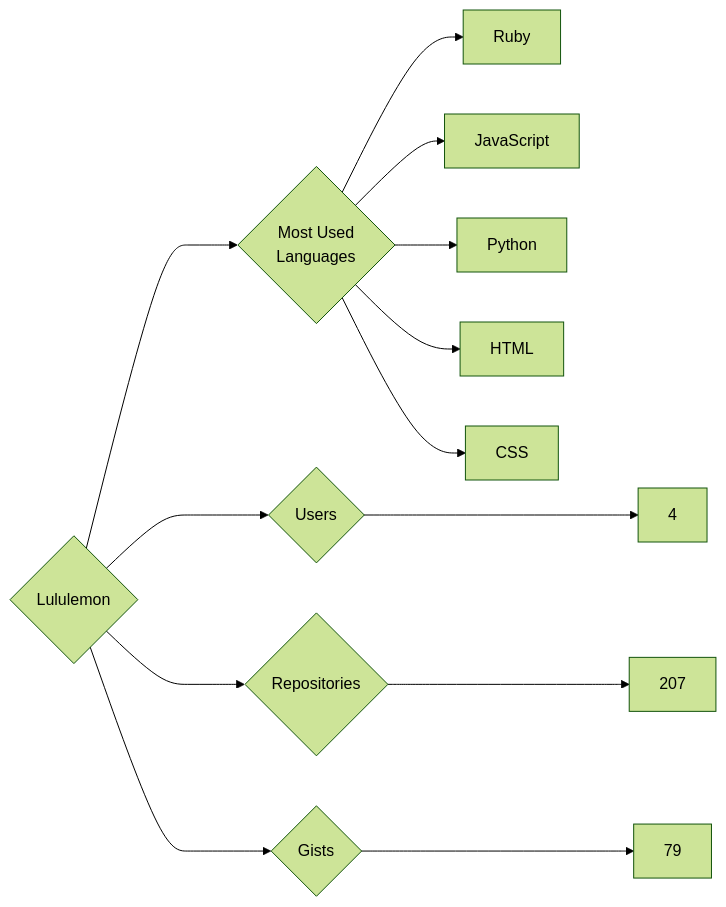
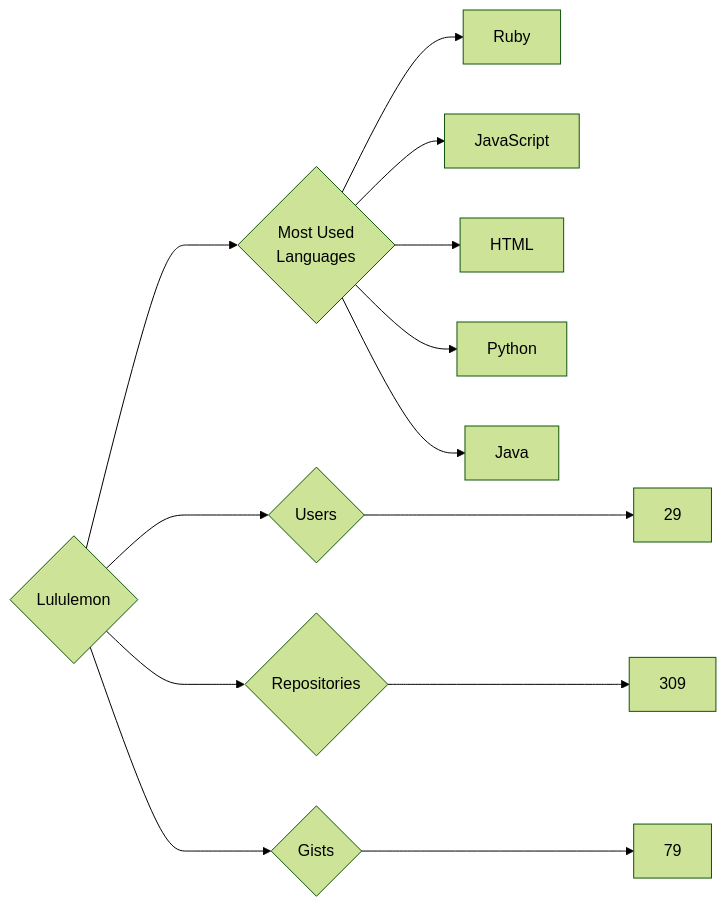
Before and after one commit to trickest/insiders: the diagram in targets/Lululemon/README.md, drawn with Mermaid (forest theme). The commit also changed 826 other files, not shown here.

````diff
--- a/targets/Lululemon/README.md
+++ b/targets/Lululemon/README.md
@@ -3,13 +3,13 @@
 ```mermaid
 graph LR
 COMPANY_NAME{Lululemon}
-COMPANY_NAME ---> U{Users} ---> UN[4]
-COMPANY_NAME ---> R{Repositories} ---> RN[207]
+COMPANY_NAME ---> U{Users} ---> UN[29]
+COMPANY_NAME ---> R{Repositories} ---> RN[309]
 COMPANY_NAME ---> G{Gists} ---> GN[79]
 COMPANY_NAME ---> ML{Most Used<br>Languages}
 ML --> Ruby[Ruby]
 ML --> JavaScript[JavaScript]
+ML --> HTML[HTML]
 ML --> Python[Python]
-ML --> HTML[HTML]
-ML --> CSS[CSS]
+ML --> Java[Java]
 ```
````
